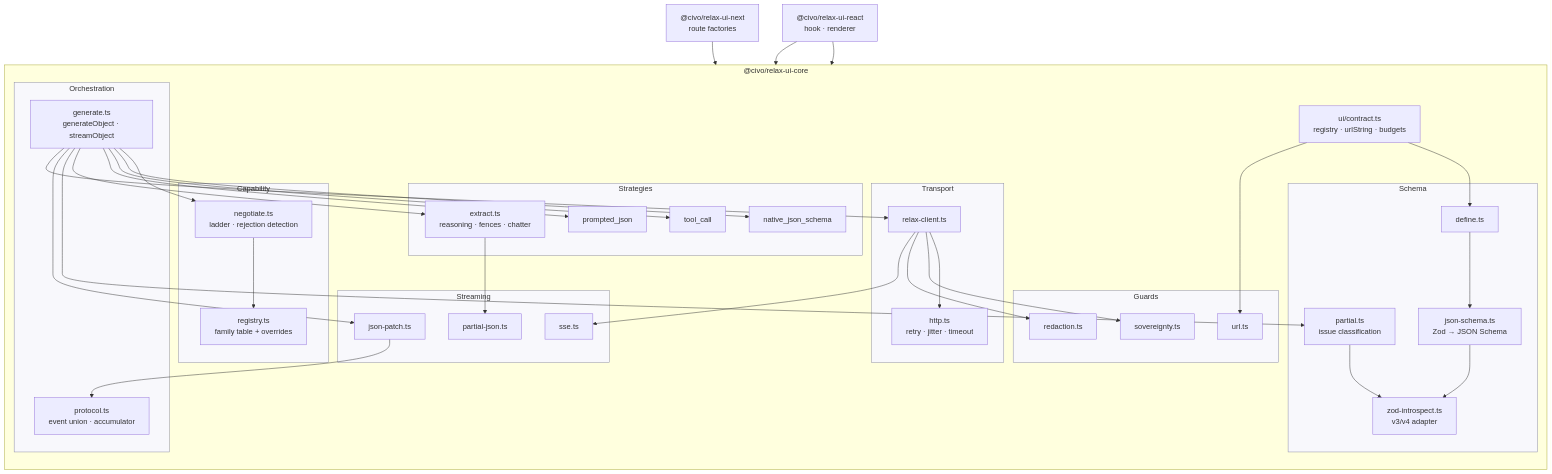
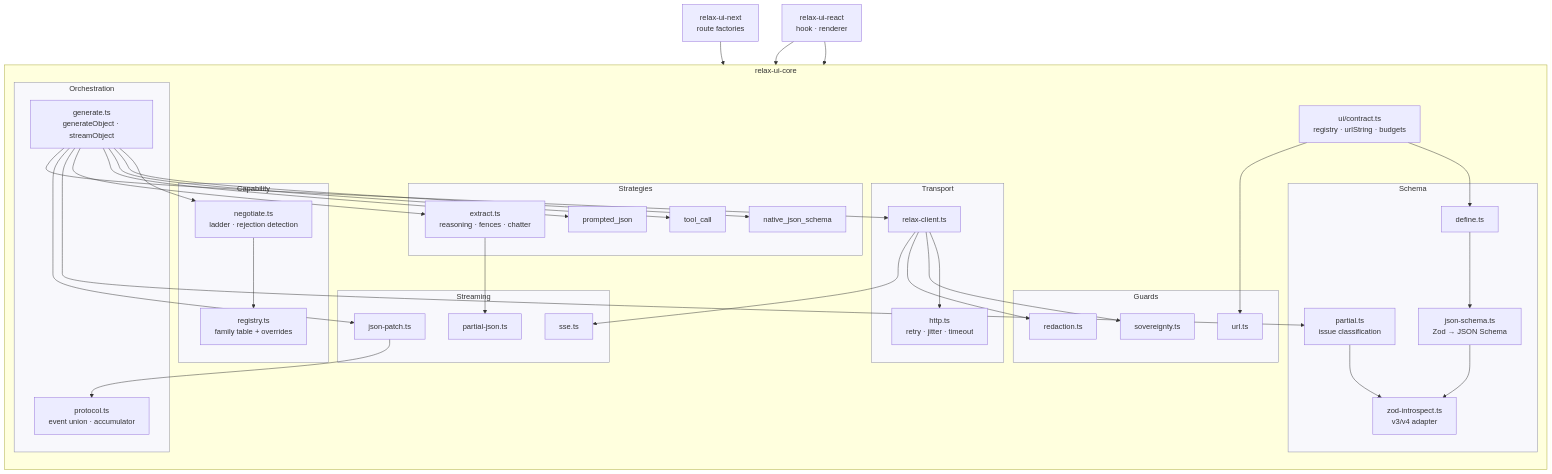
The second of 8 diagrams in docs/hld.md (ashvolt/civo_ui_sdk), drawn with Mermaid before and after one commit. The commit also changed other lines of this file and 47 other files, not shown here.

````diff
--- a/docs/hld.md
+++ b/docs/hld.md
@@ -110,70 +110,70 @@
 ```mermaid
 graph TB
-    subgraph core["@civo/relax-ui-core"]
+    subgraph core["relax-ui-core"]
         direction TB
 
         subgraph orch["Orchestration"]
             Gen["generate.ts<br/>generateObject · streamObject"]
             Proto["protocol.ts<br/>event union · accumulator"]
         end
 
         subgraph cap["Capability"]
             Reg["registry.ts<br/>family table + overrides"]
             Neg["negotiate.ts<br/>ladder · rejection detection"]
         end
 
         subgraph strat["Strategies"]
             S1["native_json_schema"]
             S2["tool_call"]
             S3["prompted_json"]
             Ext["extract.ts<br/>reasoning · fences · chatter"]
         end
 
         subgraph sch["Schema"]
             Def["define.ts"]
             JS["json-schema.ts<br/>Zod → JSON Schema"]
             Part["partial.ts<br/>issue classification"]
             Intro["zod-introspect.ts<br/>v3/v4 adapter"]
         end
 
         subgraph str["Streaming"]
             SSE["sse.ts"]
             PJ["partial-json.ts"]
             JP["json-patch.ts"]
         end
 
         subgraph cl["Transport"]
             HTTP["http.ts<br/>retry · jitter · timeout"]
             Client["relax-client.ts"]
         end
 
         subgraph g["Guards"]
             Sov["sovereignty.ts"]
             Red["redaction.ts"]
             URL["url.ts"]
         end
 
         UI["ui/contract.ts<br/>registry · urlString · budgets"]
     end
 
-    React["@civo/relax-ui-react<br/>hook · renderer"]
-    Next["@civo/relax-ui-next<br/>route factories"]
+    React["relax-ui-react<br/>hook · renderer"]
+    Next["relax-ui-next<br/>route factories"]
 
     Gen --> Neg --> Reg
     Gen --> S1 & S2 & S3
     Gen --> Ext --> PJ
     Gen --> Part --> Intro
     Gen --> JP --> Proto
     Gen --> Client --> HTTP
     Client --> Sov & Red
     Client --> SSE
     Def --> JS --> Intro
     UI --> Def
     UI --> URL
     Next --> Gen
     React --> Proto
     React --> UI
 
     classDef box fill:#f8f8fc,stroke:#8a8aa3
     class orch,cap,strat,sch,str,cl,g box
 ```
````
